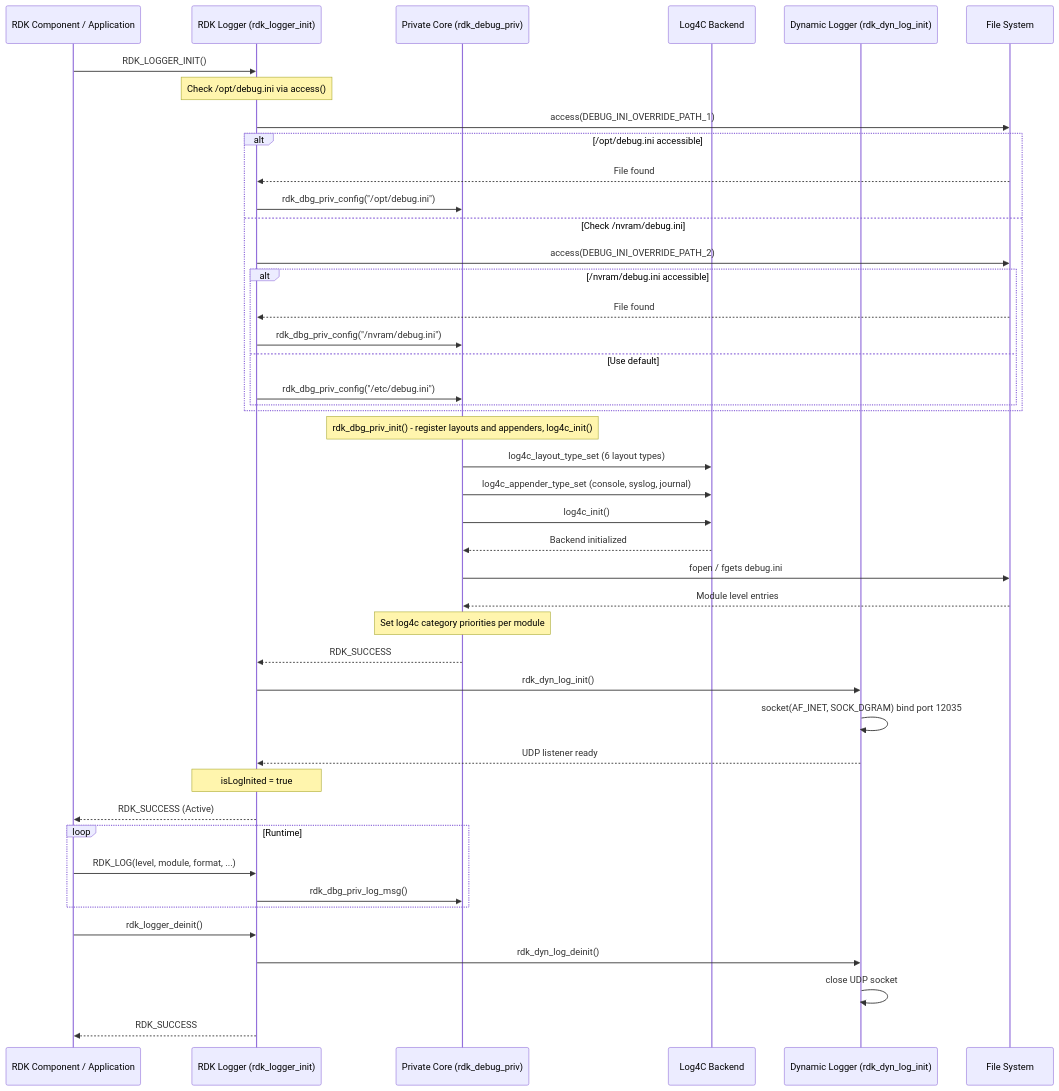
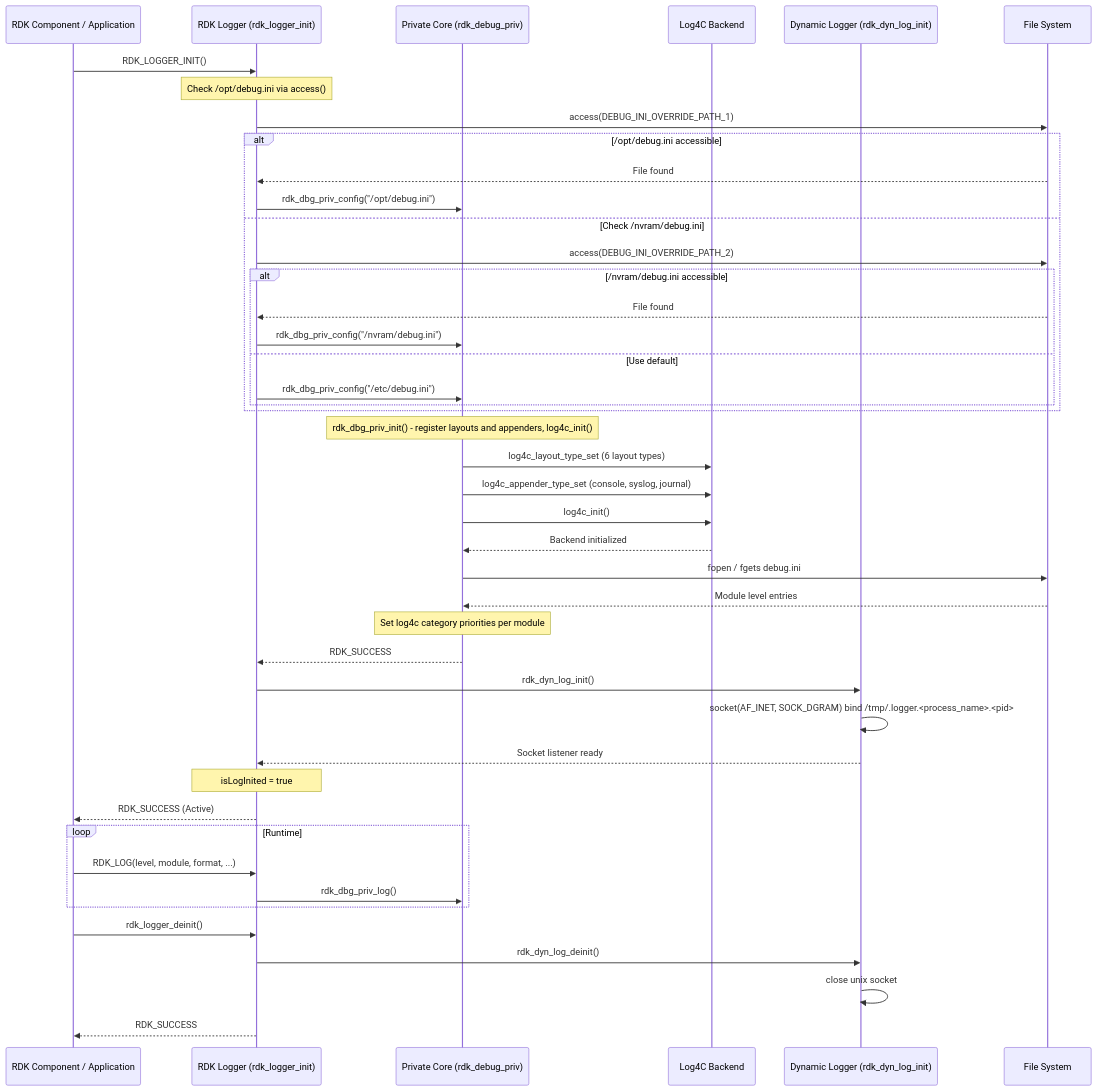
One commit to rdkcentral/rdk_logger changed the third of 8 diagrams in docs/README.md. Above: the diagram before and after it, drawn with Mermaid. The commit also changed other lines of this file and 9 other files, not shown here.

````diff
--- a/docs/README.md
+++ b/docs/README.md
@@ -137,52 +137,52 @@
 ```mermaid
 sequenceDiagram
     participant App as RDK Component / Application
     participant Logger as RDK Logger (rdk_logger_init)
     participant PrivCore as Private Core (rdk_debug_priv)
     participant Log4C as Log4C Backend
     participant DynLog as Dynamic Logger (rdk_dyn_log_init)
     participant FS as File System
 
     App->>Logger: RDK_LOGGER_INIT()
     Note over Logger: Check /opt/debug.ini via access()
     Logger->>FS: access(DEBUG_INI_OVERRIDE_PATH_1)
     alt /opt/debug.ini accessible
         FS-->>Logger: File found
         Logger->>PrivCore: rdk_dbg_priv_config("/opt/debug.ini")
     else Check /nvram/debug.ini
         Logger->>FS: access(DEBUG_INI_OVERRIDE_PATH_2)
         alt /nvram/debug.ini accessible
             FS-->>Logger: File found
             Logger->>PrivCore: rdk_dbg_priv_config("/nvram/debug.ini")
         else Use default
             Logger->>PrivCore: rdk_dbg_priv_config("/etc/debug.ini")
         end
     end
 
     Note over PrivCore: rdk_dbg_priv_init() - register layouts and appenders, log4c_init()
     PrivCore->>Log4C: log4c_layout_type_set (6 layout types)
     PrivCore->>Log4C: log4c_appender_type_set (console, syslog, journal)
     PrivCore->>Log4C: log4c_init()
     Log4C-->>PrivCore: Backend initialized
     PrivCore->>FS: fopen / fgets debug.ini
     FS-->>PrivCore: Module level entries
     Note over PrivCore: Set log4c category priorities per module
     PrivCore-->>Logger: RDK_SUCCESS
 
     Logger->>DynLog: rdk_dyn_log_init()
-    DynLog->>DynLog: socket(AF_INET, SOCK_DGRAM) bind port 12035
-    DynLog-->>Logger: UDP listener ready
+    DynLog->>DynLog: socket(AF_INET, SOCK_DGRAM) bind /tmp/.logger.<process_name>.<pid>
+    DynLog-->>Logger: Socket listener ready
 
     Note over Logger: isLogInited = true
     Logger-->>App: RDK_SUCCESS (Active)
 
     loop Runtime
         App->>Logger: RDK_LOG(level, module, format, ...)
-        Logger->>PrivCore: rdk_dbg_priv_log_msg()
+        Logger->>PrivCore: rdk_dbg_priv_log()
     end
 
     App->>Logger: rdk_logger_deinit()
     Logger->>DynLog: rdk_dyn_log_deinit()
-    DynLog->>DynLog: close UDP socket
+    DynLog->>DynLog: close unix socket
     Logger-->>App: RDK_SUCCESS
 ```
````
